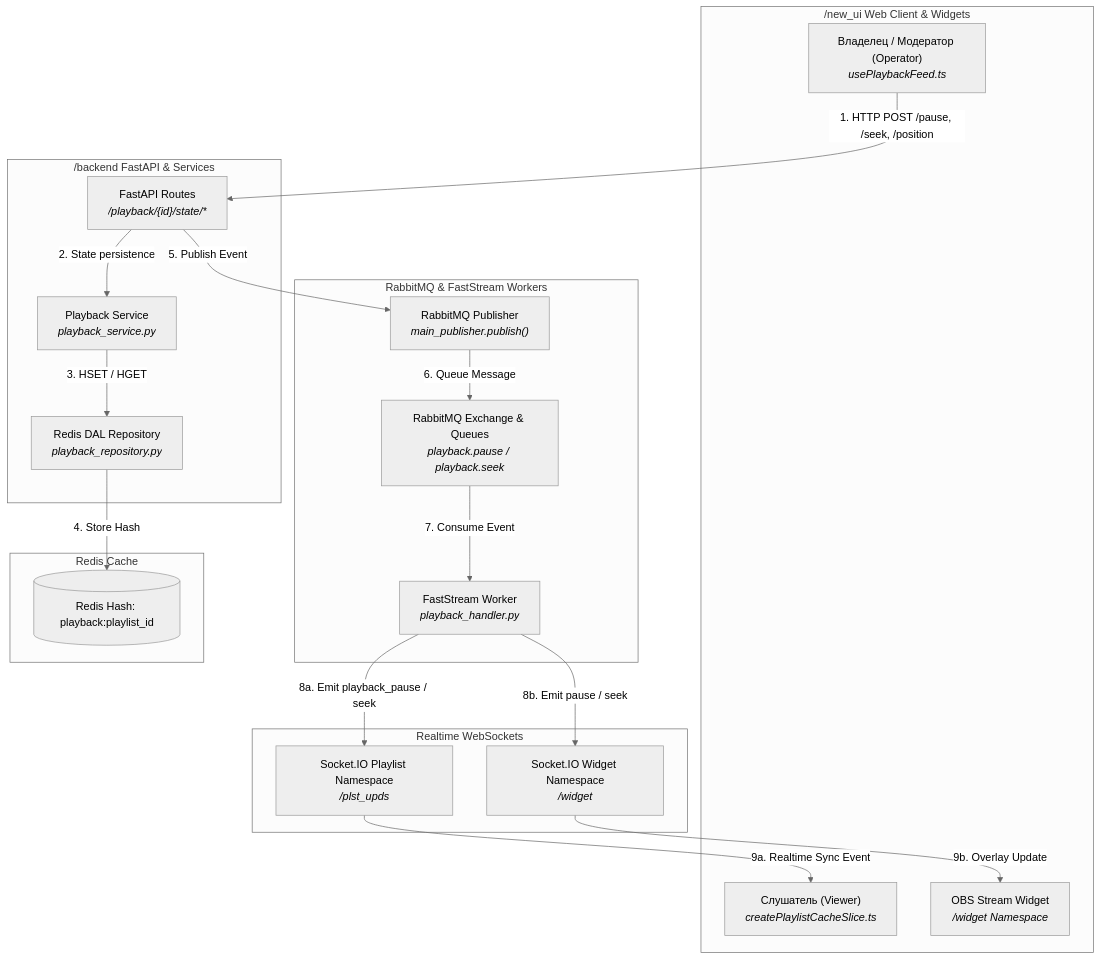
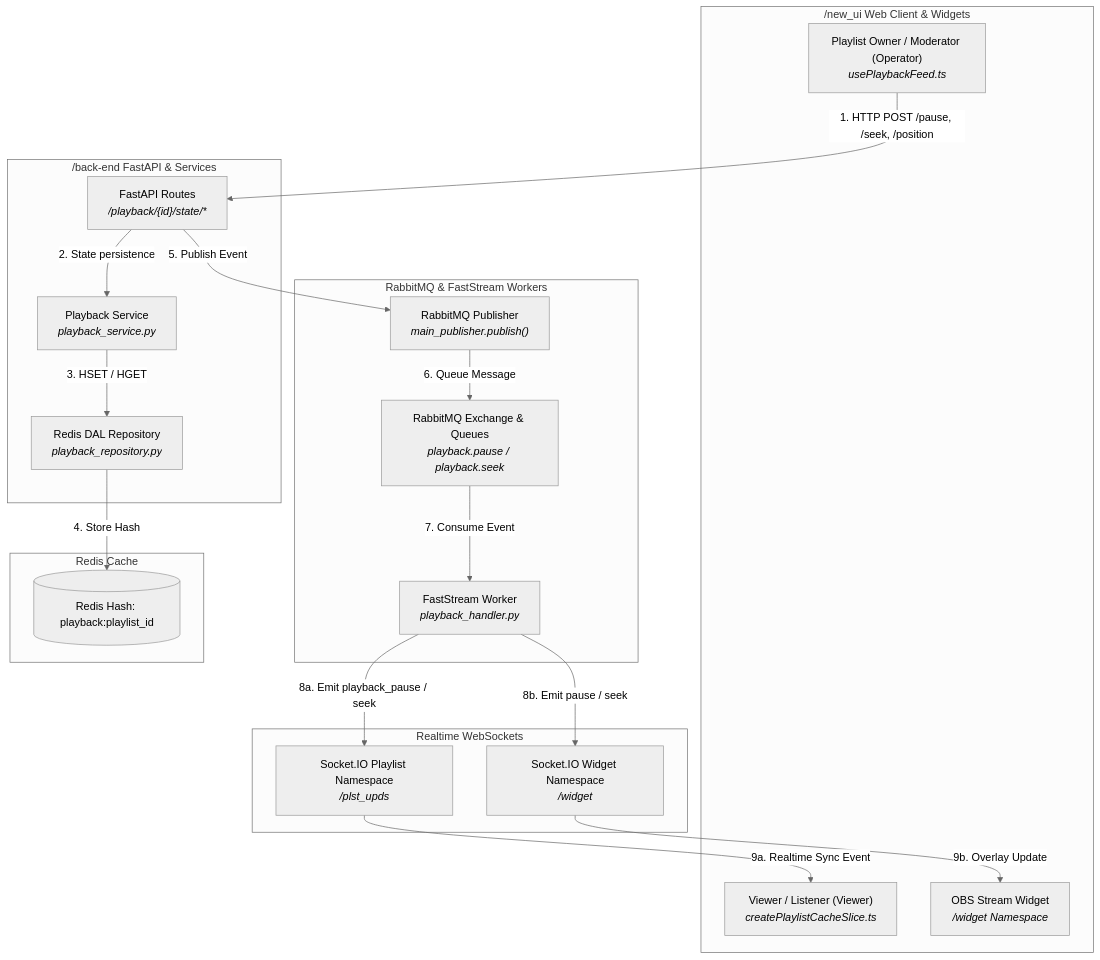
One commit to DustGalaxy/openplaylist-mono changed the first of 4 diagrams in docs/core/playback.md. Above: the diagram before and after it, drawn with Mermaid (neutral theme). The commit also changed other lines of this file and 21 other files, not shown here.

Commit message:
docs: translate technical architecture and component guides to English

````diff
--- a/docs/core/playback.md
+++ b/docs/core/playback.md
@@ -20,45 +20,45 @@
 ```mermaid
 flowchart TB
     subgraph Frontend ["/new_ui Web Client & Widgets"]
-        OwnerUI["Владелец / Модератор (Operator)<br/><i>usePlaybackFeed.ts</i>"]
-        ViewerUI["Слушатель (Viewer)<br/><i>createPlaylistCacheSlice.ts</i>"]
+        OwnerUI["Playlist Owner / Moderator (Operator)<br/><i>usePlaybackFeed.ts</i>"]
+        ViewerUI["Viewer / Listener (Viewer)<br/><i>createPlaylistCacheSlice.ts</i>"]
         OBSWidget["OBS Stream Widget<br/><i>/widget Namespace</i>"]
     end
 
-    subgraph Backend ["/backend FastAPI & Services"]
+    subgraph Backend ["/back-end FastAPI & Services"]
         API["FastAPI Routes<br/><i>/playback/{id}/state/*</i>"]
         Service["Playback Service<br/><i>playback_service.py</i>"]
         DAL["Redis DAL Repository<br/><i>playback_repository.py</i>"]
     end
 
     subgraph Messaging ["RabbitMQ & FastStream Workers"]
         Publisher["RabbitMQ Publisher<br/><i>main_publisher.publish()</i>"]
         Exchange["RabbitMQ Exchange & Queues<br/><i>playback.pause / playback.seek</i>"]
         Worker["FastStream Worker<br/><i>playback_handler.py</i>"]
     end
 
     subgraph Realtime ["Realtime WebSockets"]
         SIOPlaylist["Socket.IO Playlist Namespace<br/><i>/plst_upds</i>"]
         SIOWidget["Socket.IO Widget Namespace<br/><i>/widget</i>"]
     end
 
     subgraph Storage ["Redis Cache"]
         Redis[("Redis Hash: playback:playlist_id")]
     end
 
     %% Flow connections
     OwnerUI -->|1. HTTP POST /pause, /seek, /position| API
     API -->|2. State persistence| Service
     Service -->|3. HSET / HGET| DAL
     DAL -->|4. Store Hash| Redis
 
     API -->|5. Publish Event| Publisher
     Publisher -->|6. Queue Message| Exchange
     Exchange -->|7. Consume Event| Worker
 
     Worker -->|8a. Emit playback_pause / seek| SIOPlaylist
     Worker -->|8b. Emit pause / seek| SIOWidget
 
     SIOPlaylist -->|9a. Realtime Sync Event| ViewerUI
     SIOWidget -->|9b. Overlay Update| OBSWidget
 ```
````
